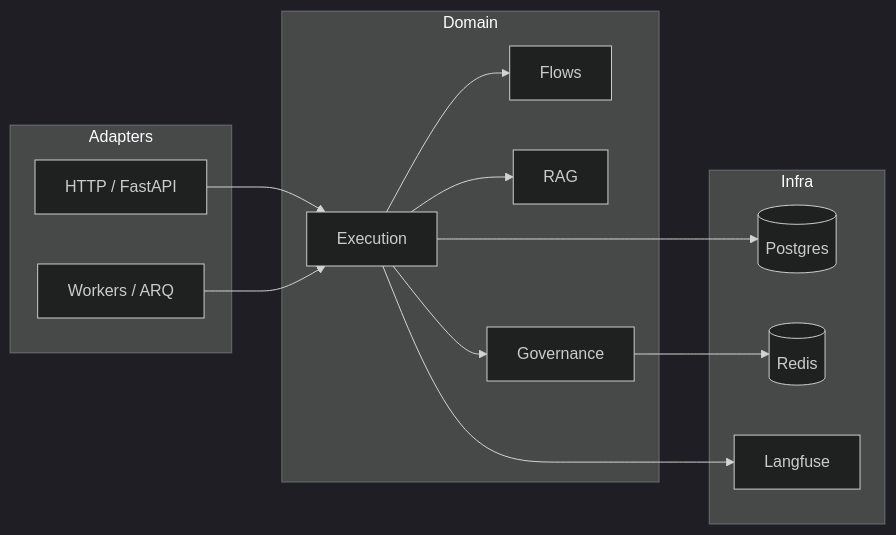
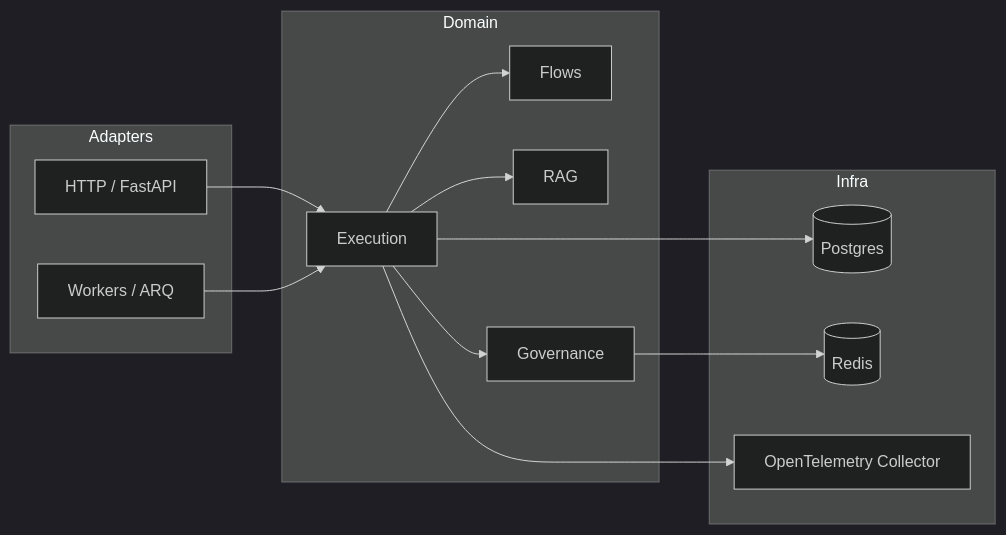
One commit to marcosvs98/agent-orchestration-core changed the diagram in docs/ARCHITECTURE.md. Above: the diagram before and after it, drawn with Mermaid (dark theme). The commit also changed 435 other files, not shown here.

````diff
--- a/docs/ARCHITECTURE.md
+++ b/docs/ARCHITECTURE.md
@@ -7,26 +7,26 @@
 ```mermaid
 flowchart LR
   subgraph Adapters
     HTTP[HTTP / FastAPI]
     Jobs[Workers / ARQ]
   end
   subgraph Domain
     EX[Execution]
     FL[Flows]
     RAG[RAG]
     GOV[Governance]
   end
   subgraph Infra
     DB[(Postgres)]
     RD[(Redis)]
-    LF[Langfuse]
+    LF[OpenTelemetry Collector]
   end
   HTTP --> EX
   Jobs --> EX
   EX --> FL
   EX --> RAG
   EX --> GOV
   EX --> DB
   GOV --> RD
   EX --> LF
 ```
````
